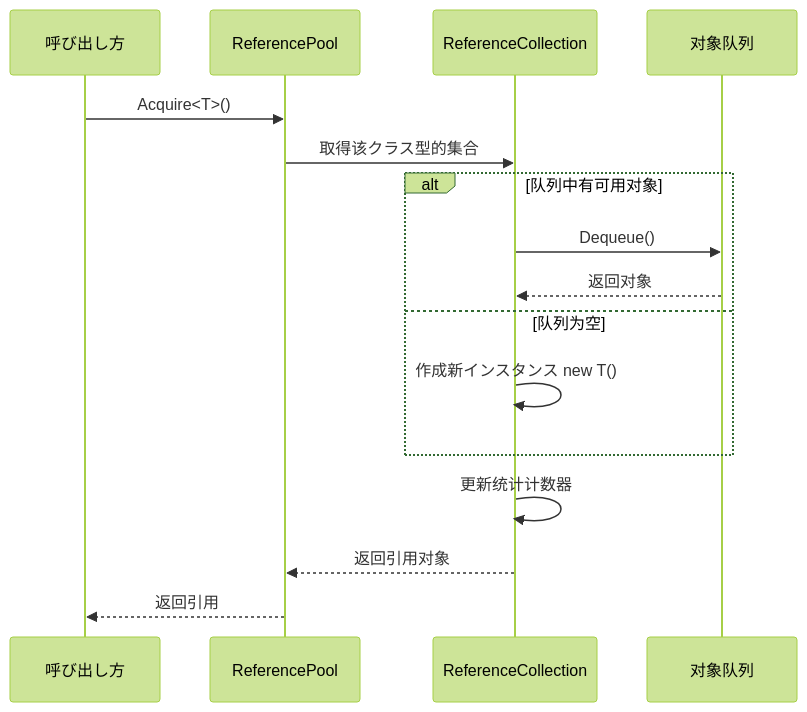
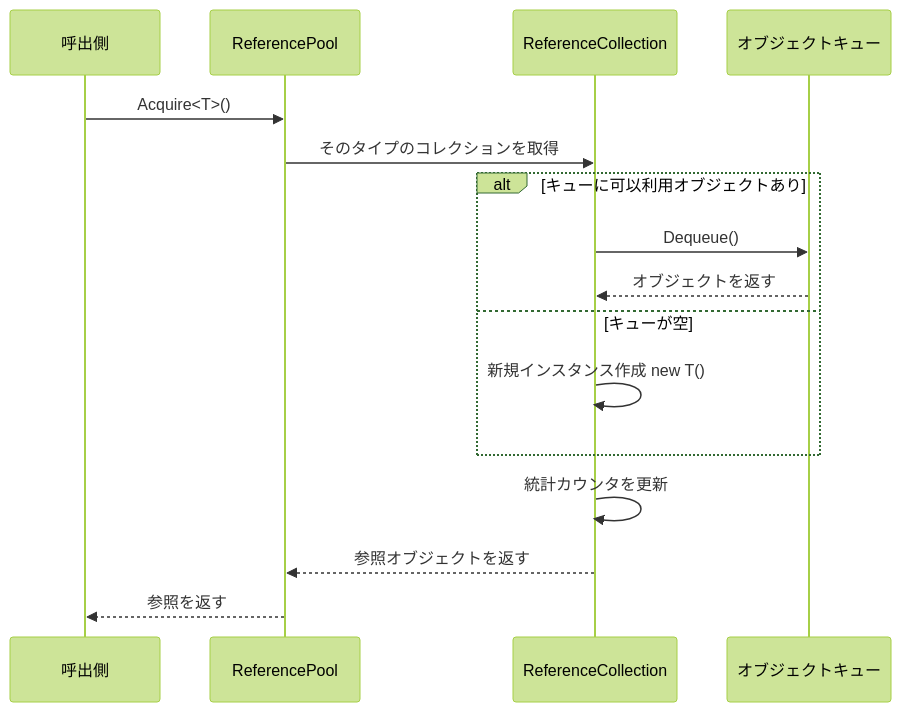
The second of 3 diagrams in docs/ja/client/unity/component/core/08.reference-pool.md (AlianBlank/GameFrameX.Docs), drawn with Mermaid (forest theme) before and after one commit. The commit also changed other lines of this file and 320 other files, not shown here.

````diff
--- a/docs/ja/client/unity/component/core/08.reference-pool.md
+++ b/docs/ja/client/unity/component/core/08.reference-pool.md
@@ -66,19 +66,19 @@
 ```mermaid
 sequenceDiagram
-    participant Client as 呼び出し方
+    participant Client as 呼出側
     participant Pool as ReferencePool
     participant Collection as ReferenceCollection
-    participant Queue as 对象队列
+    participant Queue as オブジェクトキュー
 
     Client->>Pool: Acquire<T>()
-    Pool->>Collection: 取得该クラス型的集合
-    alt 队列中有可用对象
+    Pool->>Collection: そのタイプのコレクションを取得
+    alt キューに可以利用オブジェクトあり
         Collection->>Queue: Dequeue()
-        Queue-->>Collection: 返回对象
-    else 队列为空
-        Collection->>Collection: 作成新インスタンス new T()
+        Queue-->>Collection: オブジェクトを返す
+    else キューが空
+        Collection->>Collection: 新規インスタンス作成 new T()
     end
-    Collection->>Collection: 更新统计计数器
-    Collection-->>Pool: 返回引用对象
-    Pool-->>Client: 返回引用
+    Collection->>Collection: 統計カウンタを更新
+    Collection-->>Pool: 参照オブジェクトを返す
+    Pool-->>Client: 参照を返す
 ```
````
